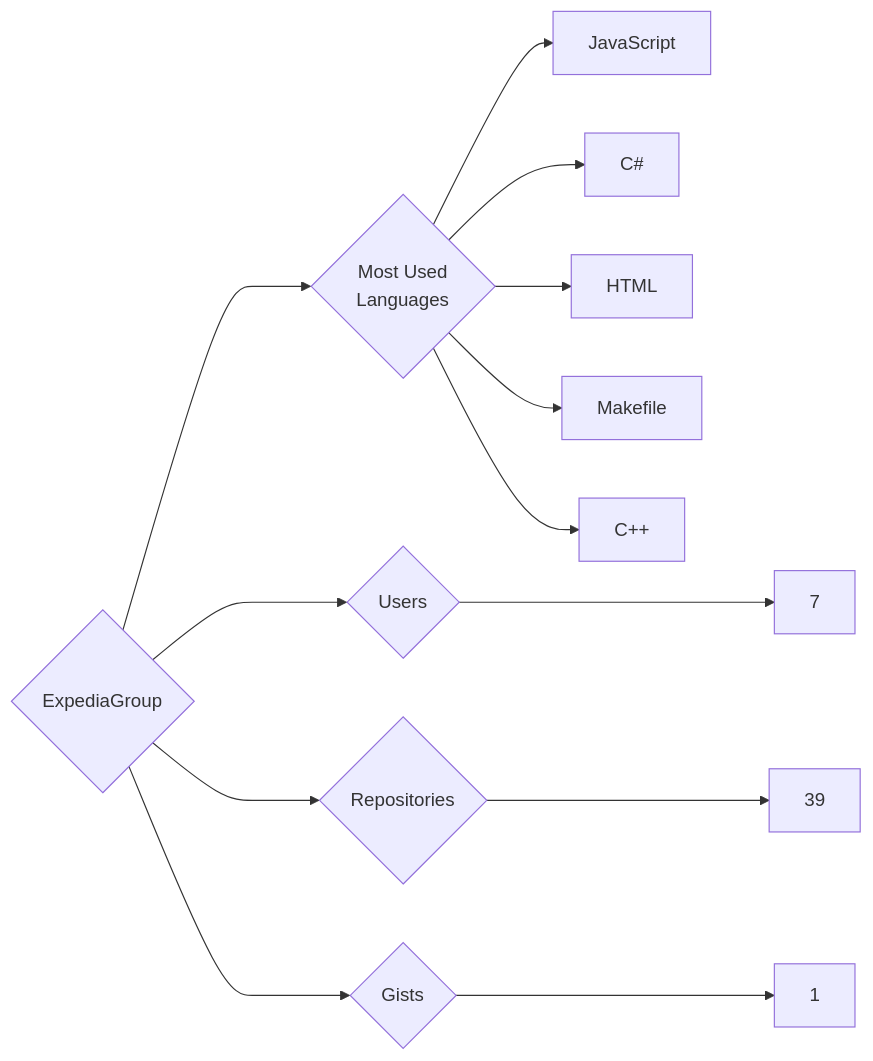
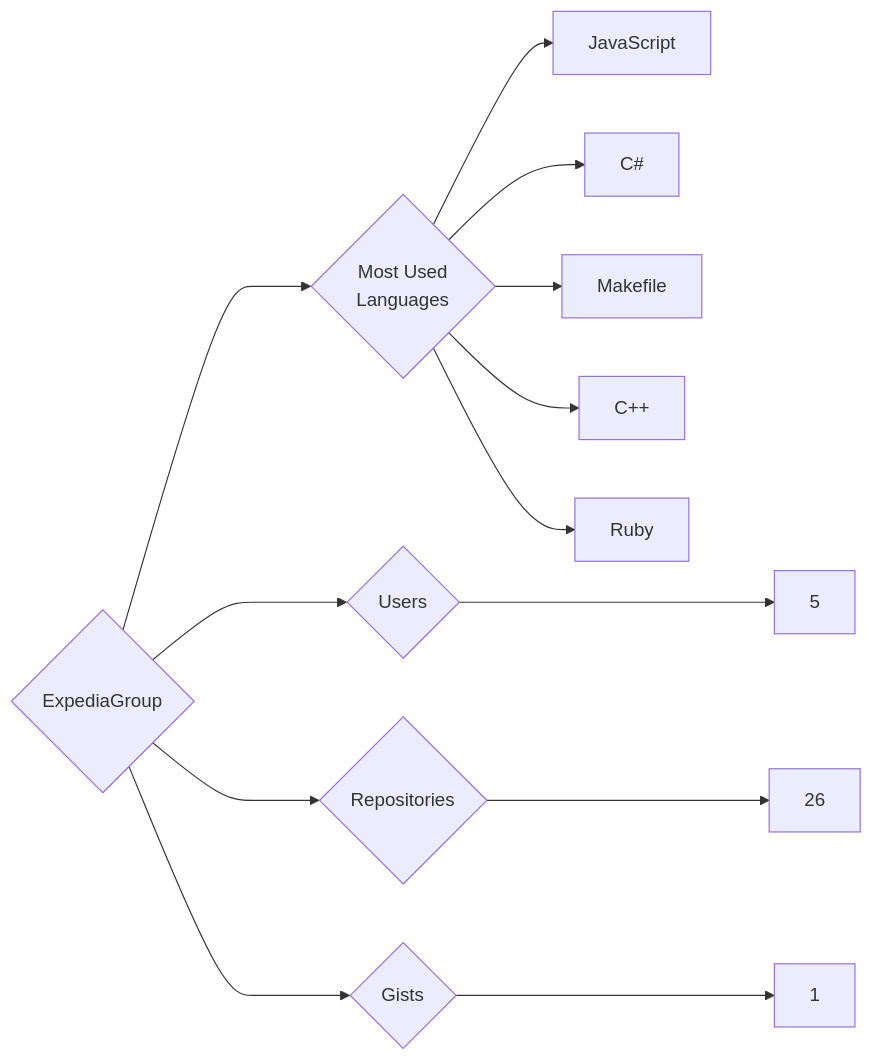
Before and after one commit to trickest/insiders: the diagram in targets/ExpediaGroup/README.md, drawn with Mermaid. The commit also changed 1023 other files, not shown here.

````diff
--- a/targets/ExpediaGroup/README.md
+++ b/targets/ExpediaGroup/README.md
@@ -3,13 +3,13 @@
 ```mermaid
 graph LR
 COMPANY_NAME{ExpediaGroup}
-COMPANY_NAME ---> U{Users} ---> UN[7]
-COMPANY_NAME ---> R{Repositories} ---> RN[39]
+COMPANY_NAME ---> U{Users} ---> UN[5]
+COMPANY_NAME ---> R{Repositories} ---> RN[26]
 COMPANY_NAME ---> G{Gists} ---> GN[1]
 COMPANY_NAME ---> ML{Most Used<br>Languages}
 ML --> JavaScript[JavaScript]
 ML --> C#[C#]
-ML --> HTML[HTML]
 ML --> Makefile[Makefile]
 ML --> C++[C++]
+ML --> Ruby[Ruby]
 ```
````
